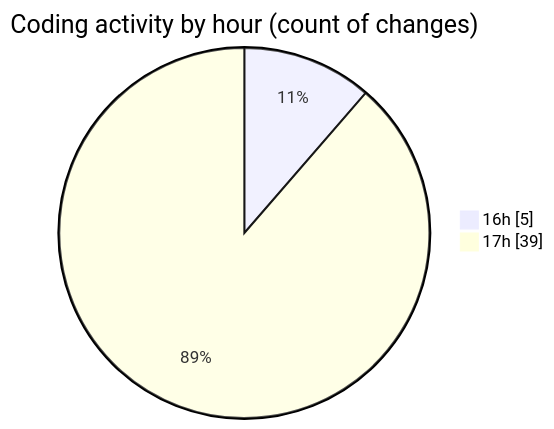
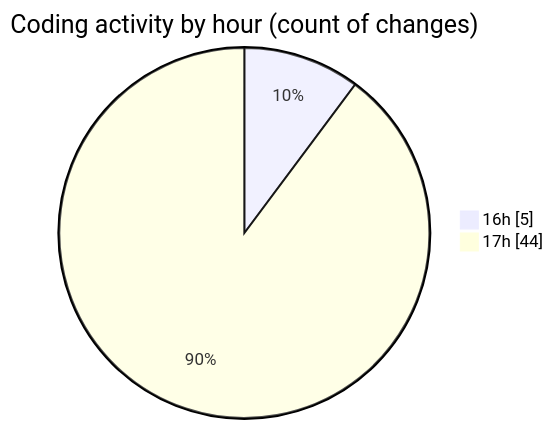
Before and after one commit to robertbonfada/code-tracking: the second of 2 diagrams in 2025-01-10/mbc-web/README.md, drawn with Mermaid. The commit also changed other lines of this file and 1 other file, not shown here.

````diff
--- a/2025-01-10/mbc-web/README.md
+++ b/2025-01-10/mbc-web/README.md
@@ -32,6 +33,6 @@
 ```mermaid
 pie showData
 title Coding activity by hour (count of changes)
 "16h" : 5
-"17h" : 39
+"17h" : 44
 ```
````
